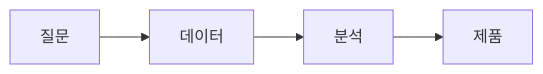
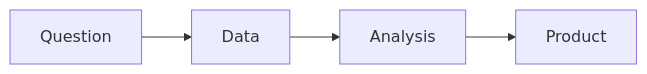
Before and after one commit to yeongseon-books/book-content: the diagram in content/data-science-career-101/ko/01-what-is-data-career.md, drawn with Mermaid. The commit also changed other lines of this file and 9 other files, not shown here.

````diff
--- a/content/data-science-career-101/ko/01-what-is-data-career.md
+++ b/content/data-science-career-101/ko/01-what-is-data-career.md
@@ -41,6 +51,6 @@
 ```mermaid
 flowchart LR
-    Q[질문] --> D[데이터]
-    D --> A[분석]
-    A --> P[제품]
+    Q[Question] --> D[Data]
+    D --> A[Analysis]
+    A --> P[Product]
 ```
````
